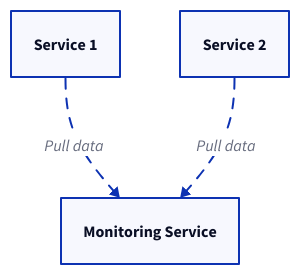
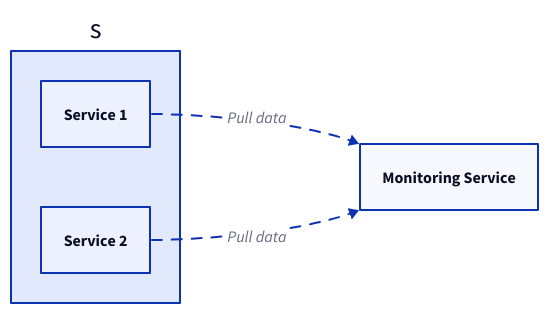
One commit to link1905/system-design-101 changed the second of 8 diagrams in content/docs/system-administration/system-monitoring/_index.md. Above: the diagram before and after it, drawn with D2. The commit also changed other lines of this file and 21 other files, not shown here.

````diff
--- a/content/docs/system-administration/system-monitoring/_index.md
+++ b/content/docs/system-administration/system-monitoring/_index.md
@@ -41,17 +45,21 @@
 ```d2
+direction: right
+s {
+  class: none
+  s1: Service 1 {
+      class: server
+  }
+  s2: Service 2 {
+      class: server
+  }
+}
 m: Monitoring Service {
-    class: server
+    class: monitor
 }
-s1: Service 1 {
-    class: server
-}
-s2: Service 2 {
-    class: server
-}
-s1 -> m: Pull data {
+s.s1 -> m: Pull data {
   style.animated: true
 }
-s2 -> m: Pull data {
+s.s2 -> m: Pull data {
   style.animated: true
 }
 ```
````
